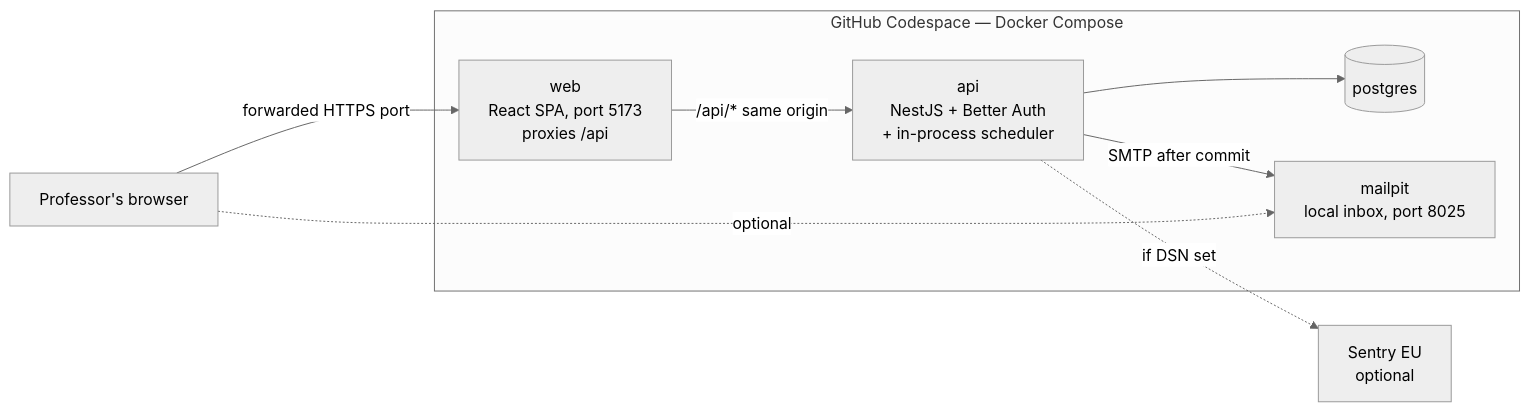
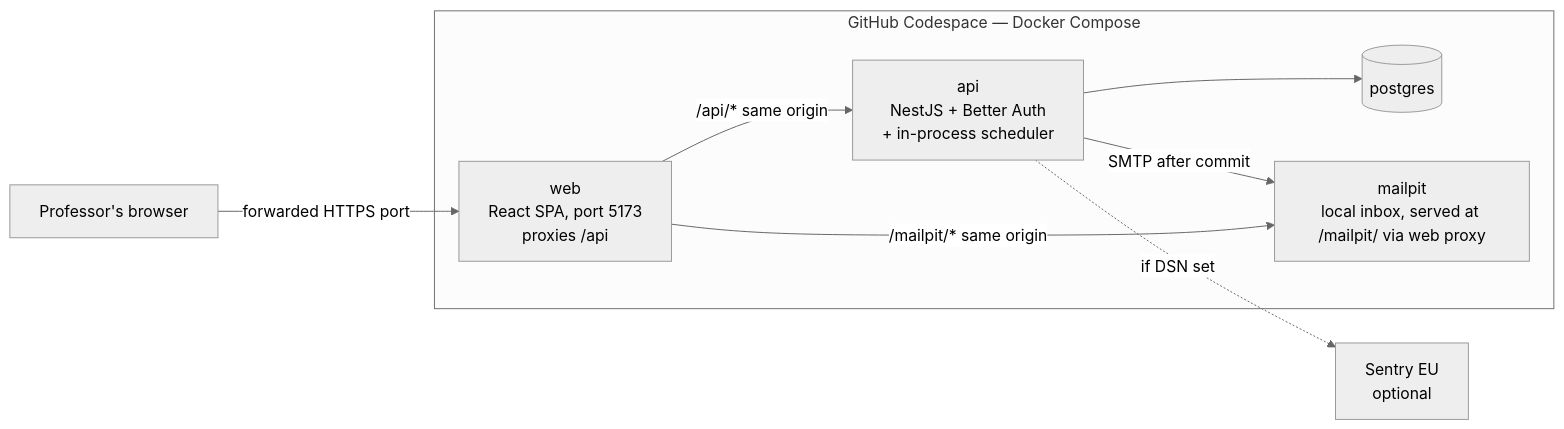
The third of 8 diagrams in docs/sdd.md (Bashlenix/ShiftSwap), drawn with Mermaid (neutral theme) before and after one commit. The commit also changed other lines of this file, not shown here.

Commit message:
docs: describe Mailpit behind the /mailpit proxy in the SDD

````diff
--- a/docs/sdd.md
+++ b/docs/sdd.md
@@ -227,17 +227,17 @@
 ```mermaid
 flowchart LR
     Browser[Professor's browser]
     subgraph CS[GitHub Codespace — Docker Compose]
         WEB[web<br/>React SPA, port 5173<br/>proxies /api]
         API[api<br/>NestJS + Better Auth<br/>+ in-process scheduler]
         DB[(postgres)]
-        MP[mailpit<br/>local inbox, port 8025]
+        MP[mailpit<br/>local inbox, served at /mailpit/ via web proxy]
     end
     Sentry[Sentry EU<br/>optional]
     Browser -- forwarded HTTPS port --> WEB
     WEB -- /api/* same origin --> API
     API --> DB
     API -- SMTP after commit --> MP
-    Browser -. optional .-> MP
+    WEB -- /mailpit/* same origin --> MP
     API -. if DSN set .-> Sentry
 ```
````
